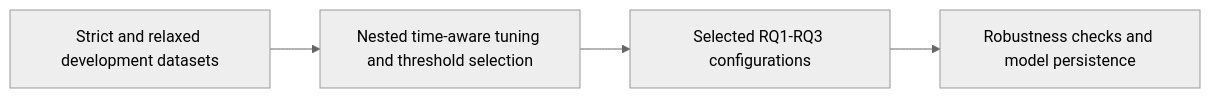
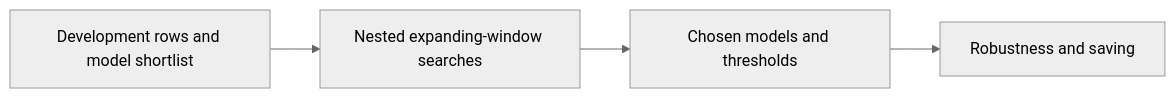
One commit to Ferreter/Dissertation changed the diagram in docs/notebooks/07_hyperparameters_tuning.md. Above: the diagram before and after it, drawn with Mermaid (neutral theme). The commit also changed other lines of this file and 27 other files, not shown here.

````diff
--- a/docs/notebooks/07_hyperparameters_tuning.md
+++ b/docs/notebooks/07_hyperparameters_tuning.md
@@ -12,6 +13,6 @@
 ```mermaid
 flowchart LR
-    A["Strict and relaxed development datasets"] --> B["Nested time-aware tuning and threshold selection"]
-    B --> C["Selected RQ1-RQ3 configurations"]
-    C --> D["Robustness checks and model persistence"]
+    A["Development rows and model shortlist"] --> B["Nested expanding-window searches"]
+    B --> C["Chosen models and thresholds"]
+    C --> D["Robustness and saving"]
 ```
````
